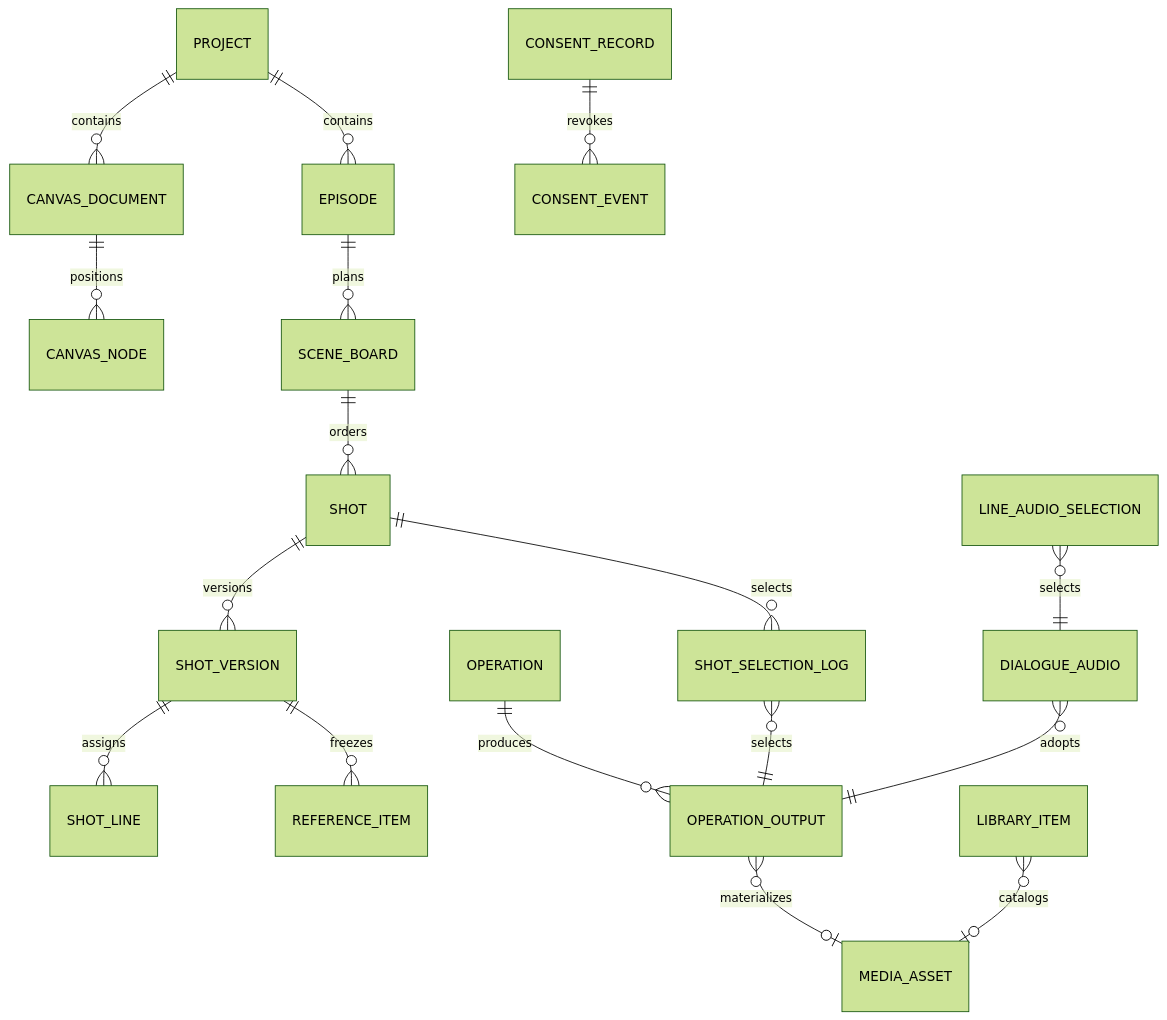
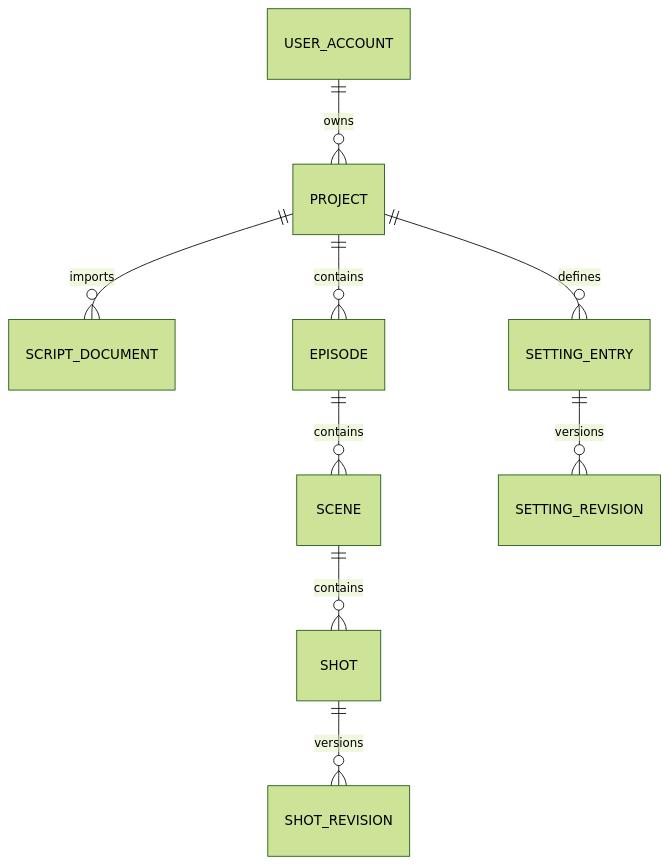
The first of 3 diagrams in workspace/content/design/浮光页面数据设计.md (StephenQiu30/lanverse), drawn with Mermaid (forest theme) before and after one commit. The commit also changed other lines of this file and 305 other files, not shown here.

````diff
--- a/workspace/content/design/浮光页面数据设计.md
+++ b/workspace/content/design/浮光页面数据设计.md
@@ -40,19 +25,11 @@
 ```mermaid
 erDiagram
+  USER_ACCOUNT ||--o{ PROJECT : owns
+  PROJECT ||--o{ SCRIPT_DOCUMENT : imports
   PROJECT ||--o{ EPISODE : contains
-  PROJECT ||--o{ CANVAS_DOCUMENT : contains
-  CANVAS_DOCUMENT ||--o{ CANVAS_NODE : positions
-  EPISODE ||--o{ SCENE_BOARD : plans
-  SCENE_BOARD ||--o{ SHOT : orders
-  SHOT ||--o{ SHOT_VERSION : versions
-  SHOT_VERSION ||--o{ SHOT_LINE : assigns
-  SHOT_VERSION ||--o{ REFERENCE_ITEM : freezes
-  SHOT ||--o{ SHOT_SELECTION_LOG : selects
-  OPERATION ||--o{ OPERATION_OUTPUT : produces
-  OPERATION_OUTPUT }o--o| MEDIA_ASSET : materializes
-  SHOT_SELECTION_LOG }o--|| OPERATION_OUTPUT : selects
-  DIALOGUE_AUDIO }o--|| OPERATION_OUTPUT : adopts
-  LINE_AUDIO_SELECTION }o--|| DIALOGUE_AUDIO : selects
-  LIBRARY_ITEM }o--o| MEDIA_ASSET : catalogs
-  CONSENT_RECORD ||--o{ CONSENT_EVENT : revokes
+  EPISODE ||--o{ SCENE : contains
+  SCENE ||--o{ SHOT : contains
+  SHOT ||--o{ SHOT_REVISION : versions
+  PROJECT ||--o{ SETTING_ENTRY : defines
+  SETTING_ENTRY ||--o{ SETTING_REVISION : versions
 ```
````
